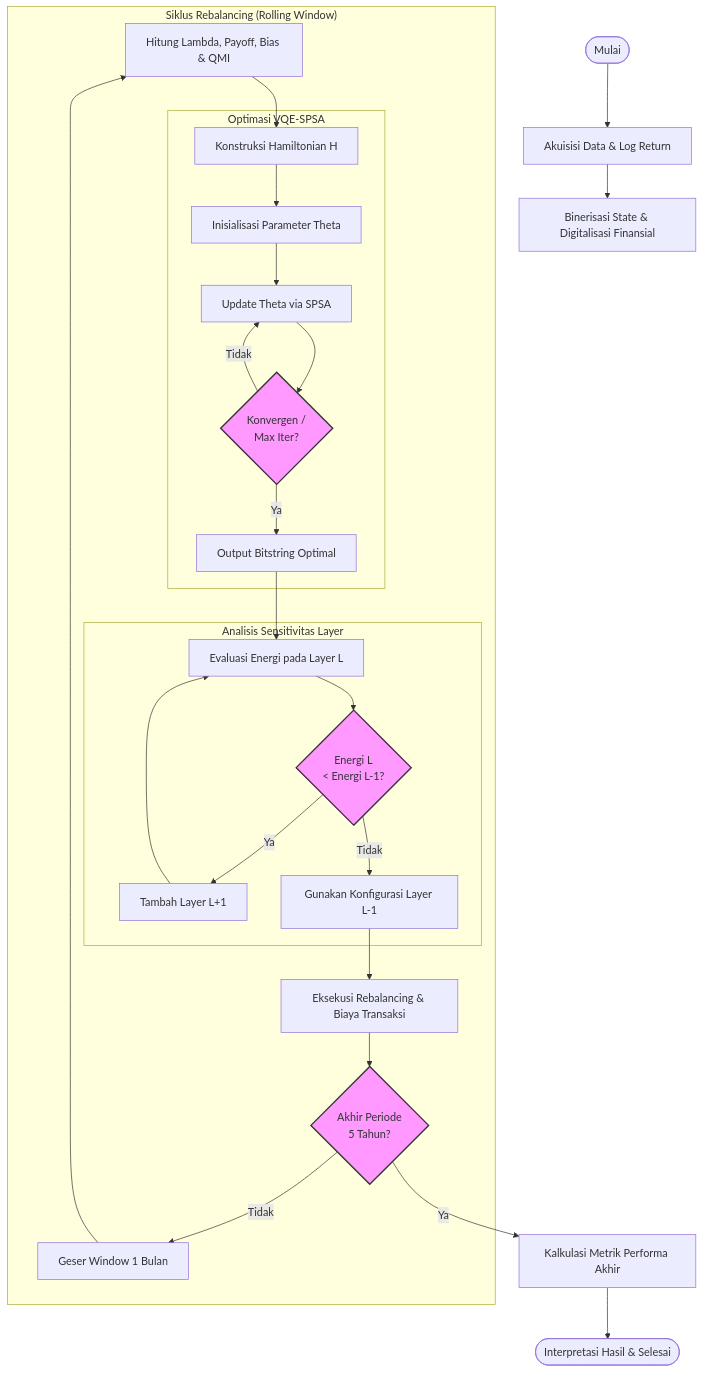
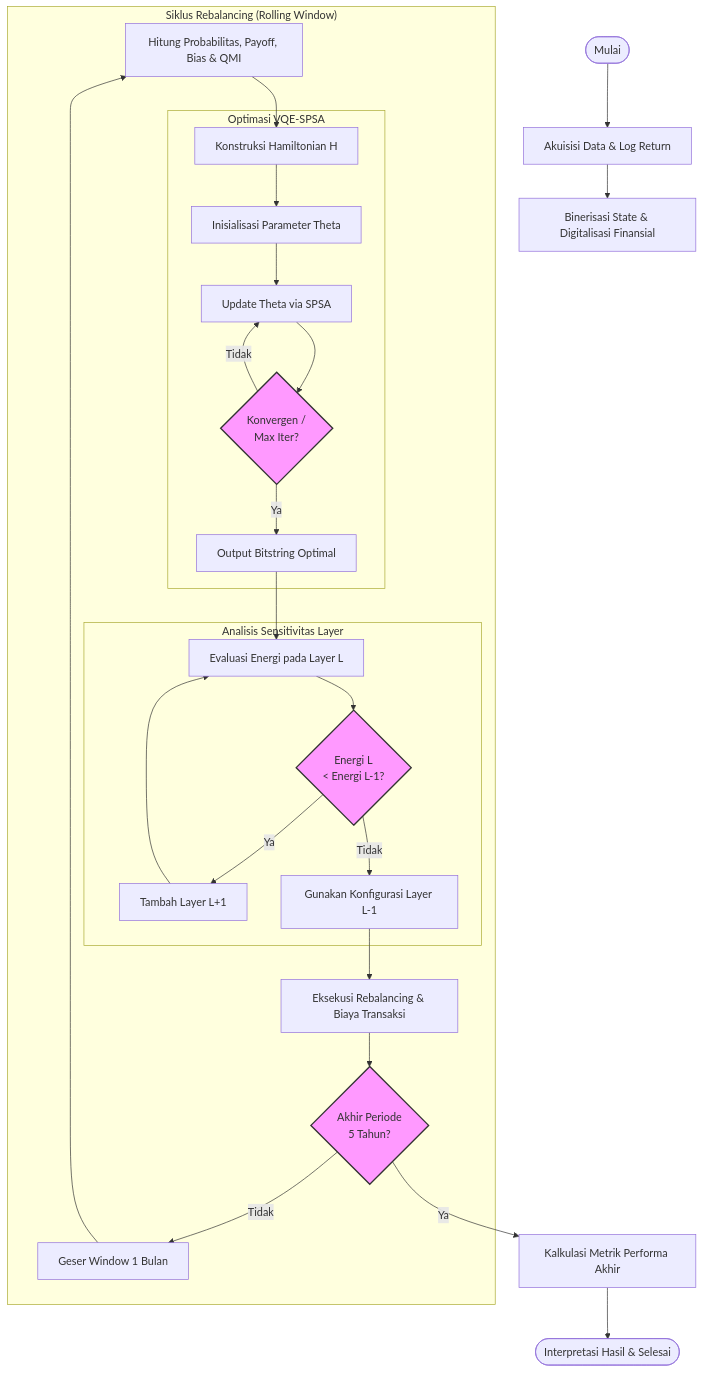
The diagram in Latex/TA/Contents/Metodologi/metodologi.md (tabassam823/DreamyTA), drawn with Mermaid before and after one commit. The commit also changed other lines of this file and 26 other files, not shown here.

````diff
--- a/Latex/TA/Contents/Metodologi/metodologi.md
+++ b/Latex/TA/Contents/Metodologi/metodologi.md
@@ -5,38 +5,38 @@
 ```mermaid
 graph TD
     A([Mulai]) --> B[Akuisisi Data & Log Return]
     B --> C[Binerisasi State & Digitalisasi Finansial]
     
     subgraph "Siklus Rebalancing (Rolling Window)"
-        D[Hitung Lambda, Payoff, Bias & QMI] --> E[Konstruksi Hamiltonian H]
+        D[Hitung Probabilitas, Payoff, Bias & QMI] --> E[Konstruksi Hamiltonian H]
         
         subgraph "Optimasi VQE-SPSA"
             E --> F[Inisialisasi Parameter Theta]
             F --> G[Update Theta via SPSA]
             G --> H{Konvergen /<br>Max Iter?}
             H -- Tidak --> G
             H -- Ya --> I[Output Bitstring Optimal]
         end
         
         subgraph "Analisis Sensitivitas Layer"
             I --> J[Evaluasi Energi pada Layer L]
             J --> K{Energi L <br>< Energi L-1?}
             K -- Ya --> L[Tambah Layer L+1]
             L --> J
             K -- Tidak --> M[Gunakan Konfigurasi Layer L-1]
         end
         
         M --> N[Eksekusi Rebalancing & Biaya Transaksi]
         N --> O{Akhir Periode<br>5 Tahun?}
         O -- Tidak --> P[Geser Window 1 Bulan]
         P --> D
     end
     
     O -- Ya --> Q[Kalkulasi Metrik Performa Akhir]
     Q --> R([Interpretasi Hasil & Selesai])
 
     %% Styling Decision Nodes
     style H fill:#f9f,stroke:#333,stroke-width:2px
     style K fill:#f9f,stroke:#333,stroke-width:2px
     style O fill:#f9f,stroke:#333,stroke-width:2px
 ```
````
